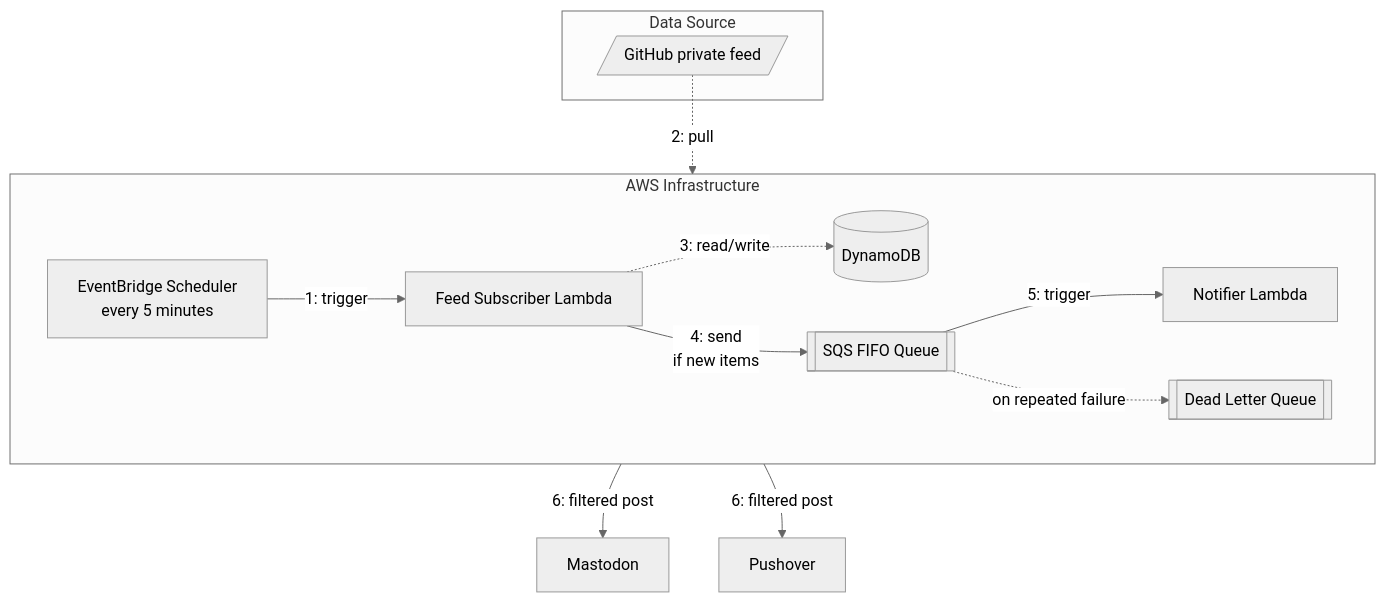
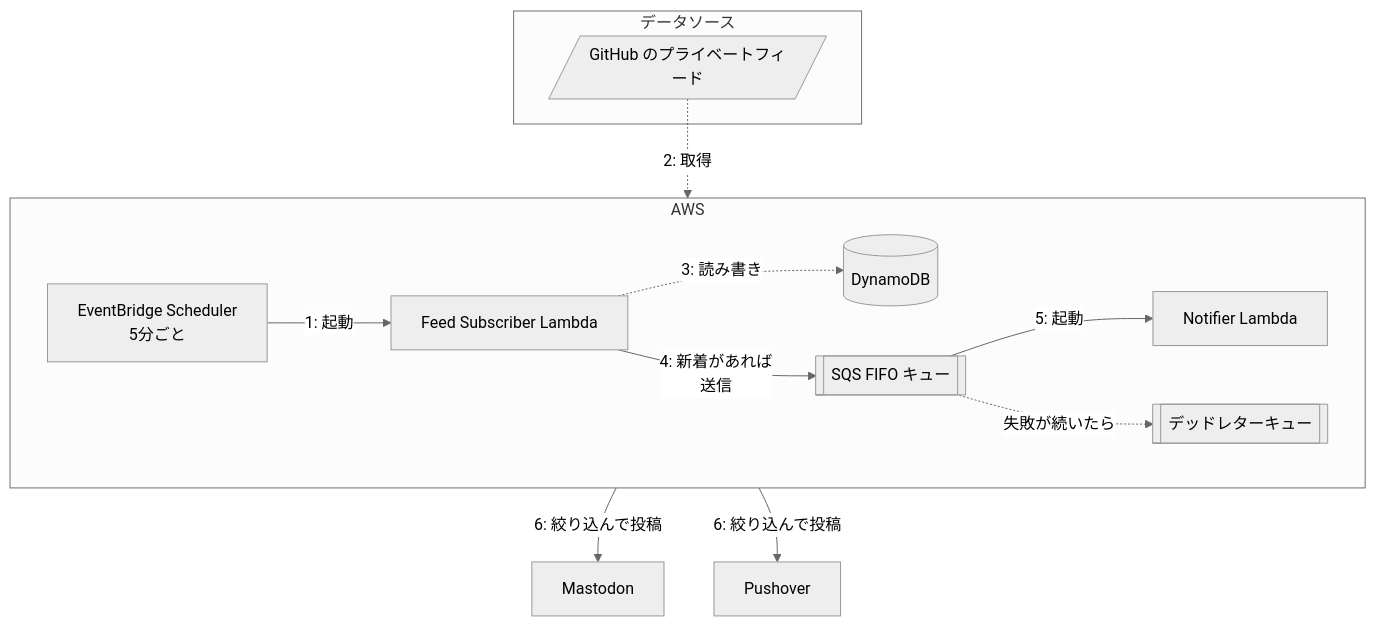
Before and after one commit to masutaka/masutaka-feed: the first of 2 diagrams in README.md, drawn with Mermaid (neutral theme). The commit also changed other lines of this file and 1 other file, not shown here.

````diff
--- a/README.md
+++ b/README.md
@@ -17,22 +17,22 @@
 ```mermaid
 graph TD
-    subgraph "Data Source"
-        A[/GitHub private feed/]
+    subgraph "データソース"
+        A[/GitHub のプライベートフィード/]
     end
 
-    subgraph "AWS Infrastructure"
+    subgraph "AWS"
         direction LR
-        G[EventBridge Scheduler<br/>every 5 minutes] -->|1: trigger| H[Feed Subscriber Lambda]
-        H -.->|3: read/write| I[(DynamoDB)]
-        H -->|4: send<br/>if new items| Q[[SQS FIFO Queue]]
-        Q -->|5: trigger| D[Notifier Lambda]
-        Q -.->|on repeated failure| X[[Dead Letter Queue]]
+        G[EventBridge Scheduler<br/>5分ごと] -->|1: 起動| H[Feed Subscriber Lambda]
+        H -.->|3: 読み書き| I[(DynamoDB)]
+        H -->|4: 新着があれば<br/>送信| Q[[SQS FIFO キュー]]
+        Q -->|5: 起動| D[Notifier Lambda]
+        Q -.->|失敗が続いたら| X[[デッドレターキュー]]
     end
 
     E[Mastodon]
     F[Pushover]
 
-    A -.->|2: pull| H
-    D -->|6: filtered post| E
-    D -->|6: filtered post| F
+    A -.->|2: 取得| H
+    D -->|6: 絞り込んで投稿| E
+    D -->|6: 絞り込んで投稿| F
 ```
````
